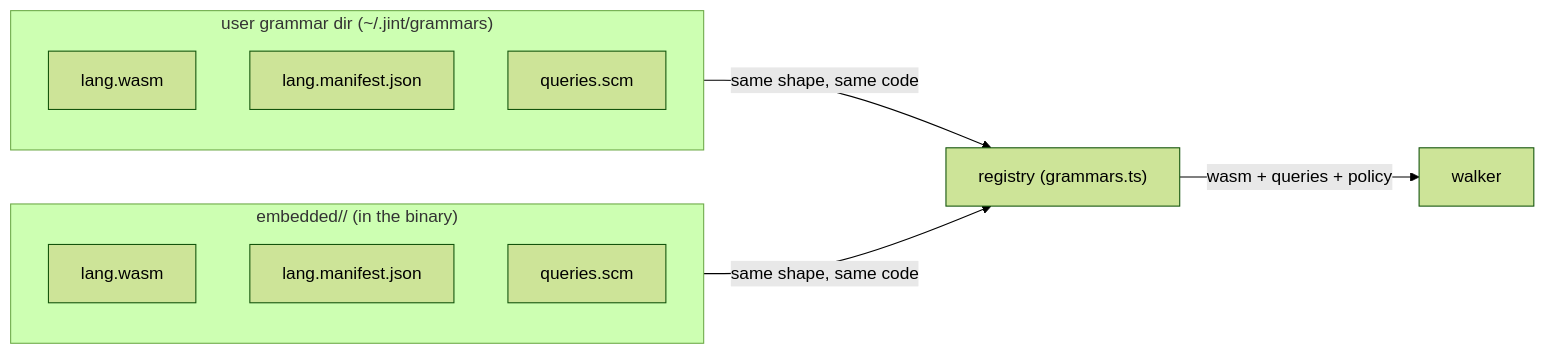
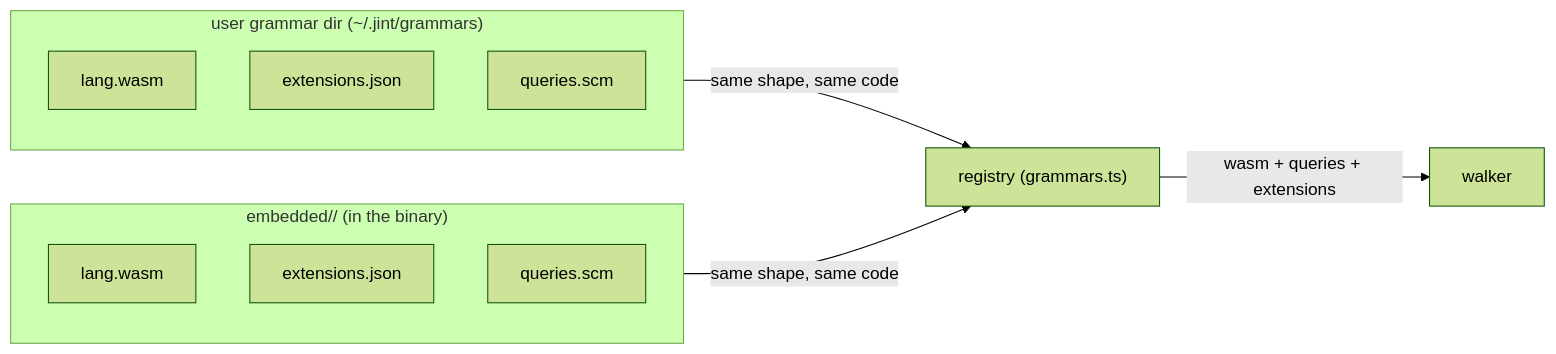
The first of 2 diagrams in docs/designs/grammar-loading.md (sedulustech/jint), drawn with Mermaid (forest theme) before and after one commit. The commit also changed other lines of this file and 36 other files, not shown here.

````diff
--- a/docs/designs/grammar-loading.md
+++ b/docs/designs/grammar-loading.md
@@ -41,17 +42,17 @@
 ```mermaid 60
 flowchart LR
   subgraph user["user grammar dir (~/.jint/grammars)"]
     UW["lang.wasm"]
-    UM["lang.manifest.json"]
+    UE["extensions.json"]
     US["queries.scm"]
   end
   subgraph emb["embedded/<lang>/ (in the binary)"]
     EW["lang.wasm"]
-    EM["lang.manifest.json"]
+    EE["extensions.json"]
     ES["queries.scm"]
   end
   REG["registry (grammars.ts)"]
   user -- "same shape, same code" --> REG
   emb -- "same shape, same code" --> REG
-  REG -- "wasm + queries + policy" --> W["walker"]
+  REG -- "wasm + queries + extensions" --> W["walker"]
 ```
````
